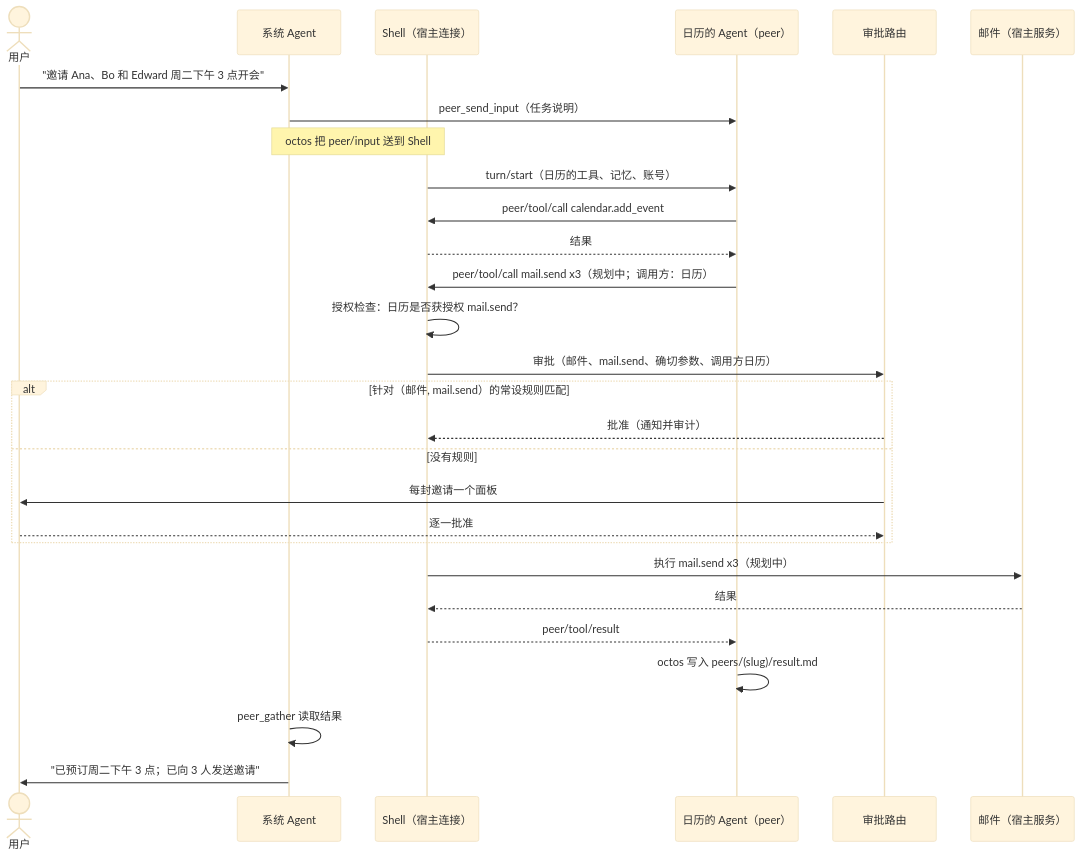
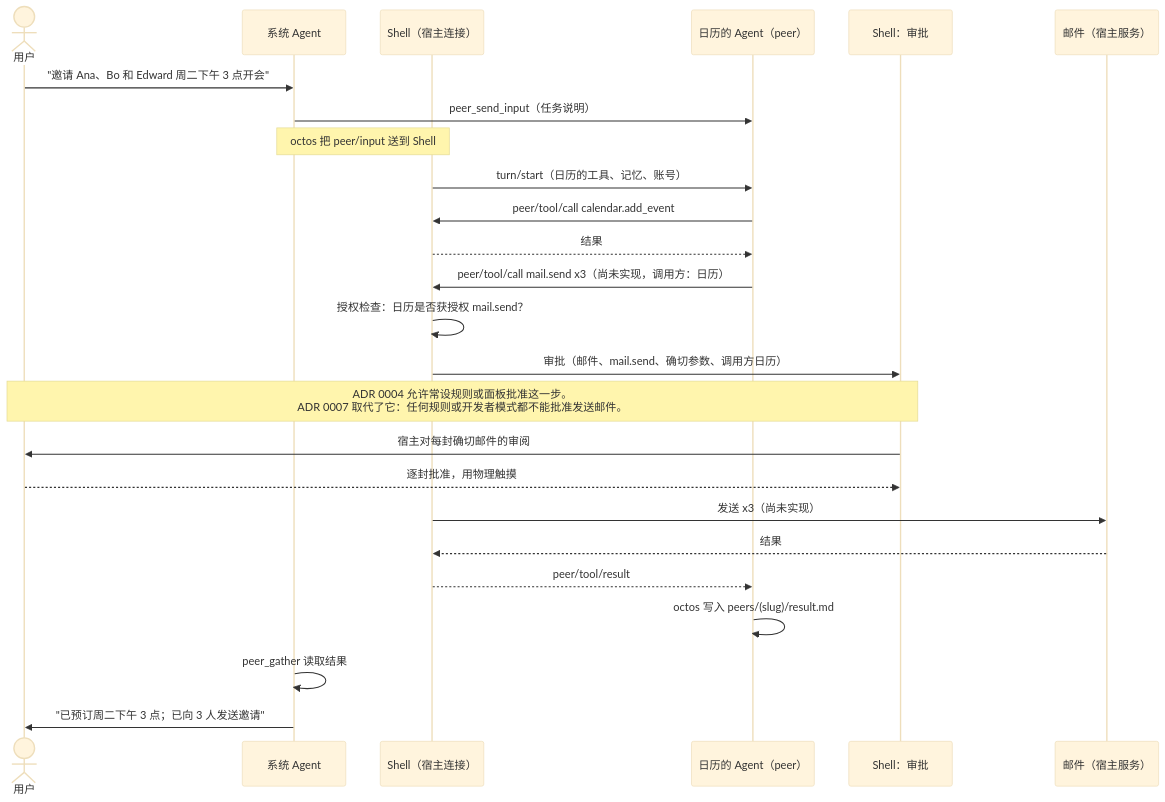
Before and after one commit to OctoSense-org/OctoSense: the fifth of 5 diagrams in docs/architecture.zh-CN.md, drawn with Mermaid (base theme). The commit also changed other lines of this file and 9 other files, not shown here.

````diff
--- a/docs/architecture.zh-CN.md
+++ b/docs/architecture.zh-CN.md
@@ -414,30 +419,27 @@
 ```mermaid
 sequenceDiagram
   actor P as 用户
   participant S as 系统 Agent
   participant SH as Shell（宿主连接）
   participant C as 日历的 Agent（peer）
-  participant R as 审批路由
+  participant R as Shell：审批
   participant M as 邮件（宿主服务）
   P->>S: "邀请 Ana、Bo 和 Edward 周二下午 3 点开会"
   S->>C: peer_send_input（任务说明）
   Note over S,SH: octos 把 peer/input 送到 Shell
   SH->>C: turn/start（日历的工具、记忆、账号）
   C->>SH: peer/tool/call calendar.add_event
   SH-->>C: 结果
-  C->>SH: peer/tool/call mail.send x3（规划中；调用方：日历）
+  C->>SH: peer/tool/call mail.send x3（尚未实现，调用方：日历）
   SH->>SH: 授权检查：日历是否获授权 mail.send？
   SH->>R: 审批（邮件、mail.send、确切参数、调用方日历）
-  alt 针对（邮件, mail.send）的常设规则匹配
-    R-->>SH: 批准（通知并审计）
-  else 没有规则
-    R->>P: 每封邀请一个面板
-    P-->>R: 逐一批准
-  end
-  SH->>M: 执行 mail.send x3（规划中）
+  Note over R,P: ADR 0004 允许常设规则或面板批准这一步。<br/>ADR 0007 取代了它：任何规则或开发者模式都不能批准发送邮件。
+  R->>P: 宿主对每封确切邮件的审阅
+  P-->>R: 逐封批准，用物理触摸
+  SH->>M: 发送 x3（尚未实现）
   M-->>SH: 结果
   SH-->>C: peer/tool/result
   C->>C: octos 写入 peers/(slug)/result.md
   S->>S: peer_gather 读取结果
   S->>P: "已预订周二下午 3 点；已向 3 人发送邀请"
 ```
````
